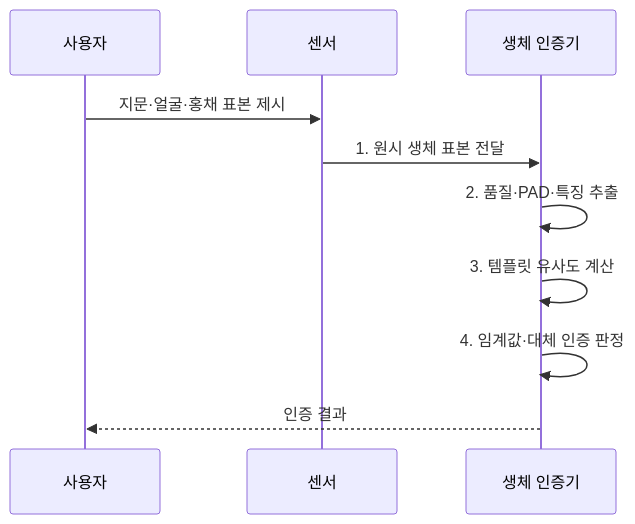
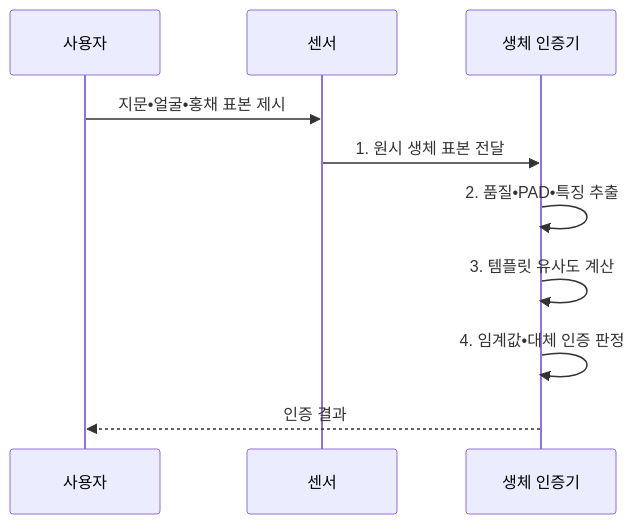
The second of 2 diagrams in src/content/docs/notes/05-security/070_biometric.md (agnusdei1207/knowledge-base), drawn with Mermaid before and after one commit. The commit also changed other lines of this file and 953 other files, not shown here.

````diff
--- a/src/content/docs/notes/05-security/070_biometric.md
+++ b/src/content/docs/notes/05-security/070_biometric.md
@@ -99,12 +99,12 @@
 ```mermaid
 sequenceDiagram
     participant U as 사용자
     participant S as 센서
     participant A as 생체 인증기
-    U->>S: 지문·얼굴·홍채 표본 제시
+    U->>S: 지문•얼굴•홍채 표본 제시
     S->>A: 1. 원시 생체 표본 전달
-    A->>A: 2. 품질·PAD·특징 추출
+    A->>A: 2. 품질•PAD•특징 추출
     A->>A: 3. 템플릿 유사도 계산
-    A->>A: 4. 임계값·대체 인증 판정
+    A->>A: 4. 임계값•대체 인증 판정
     A-->>U: 인증 결과
 ```
````
